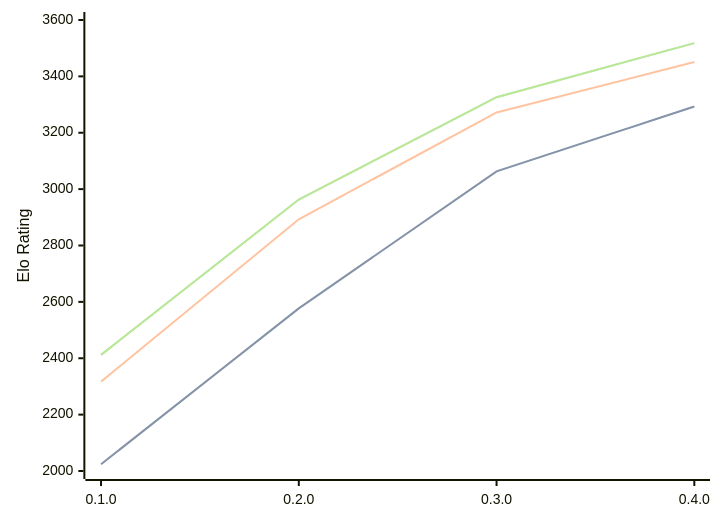
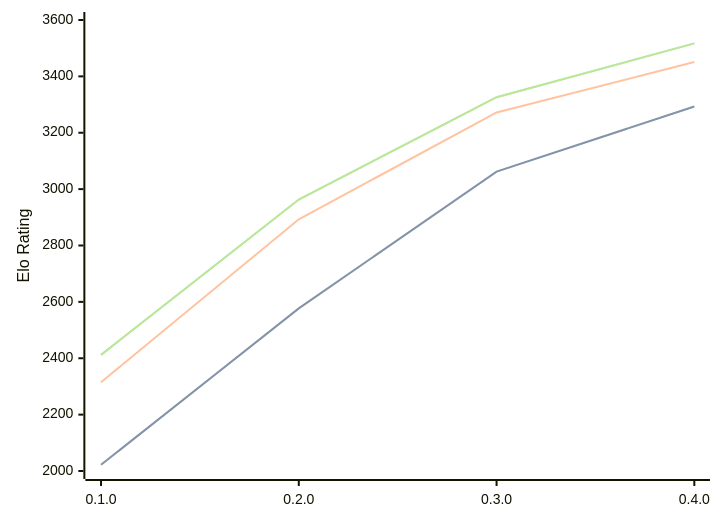
Before and after one commit to computer-chess-index/cci: the diagram in engines/Justbot.md, drawn with Mermaid. The commit also changed other lines of this file, not shown here.

Commit message:
Update CCI Ratings (ELO VLTC) - 2026-09-17

````diff
--- a/engines/Justbot.md
+++ b/engines/Justbot.md
@@ -34,11 +34,11 @@
 ```mermaid
 %%{init: {"theme":"base","themeVariables":{"seriesColors:['#a3a3a3','#222221','#faa371']}}}%%
 xychart-beta
   x-axis ["0.1.0", "0.2.0", "0.3.0", "0.4.0"]
   y-axis "Elo Rating" 2000 --> 3600
-  line "" [2024, 2577, 3063, 3293]
-  line "STC (8.0+0.08s)" [2024, 2577, 3063, 3293]
-  line "LTC (60.0+0.60s)" [2317, 2893, 3272, 3451]
-  line "" [2412, 2963, 3326, 3518]
-  line "VLTC (2m24s+1.12s)" [2412, 2963, 3326, 3518]
+  line "" [2022, 2577, 3062, 3293]
+  line "STC (8.0+0.08s)" [2022, 2577, 3062, 3293]
+  line "LTC (60.0+0.60s)" [2315, 2893, 3272, 3451]
+  line "" [2412, 2963, 3326, 3517]
+  line "VLTC (2m24s+1.12s)" [2412, 2963, 3326, 3517]
 ```
````
